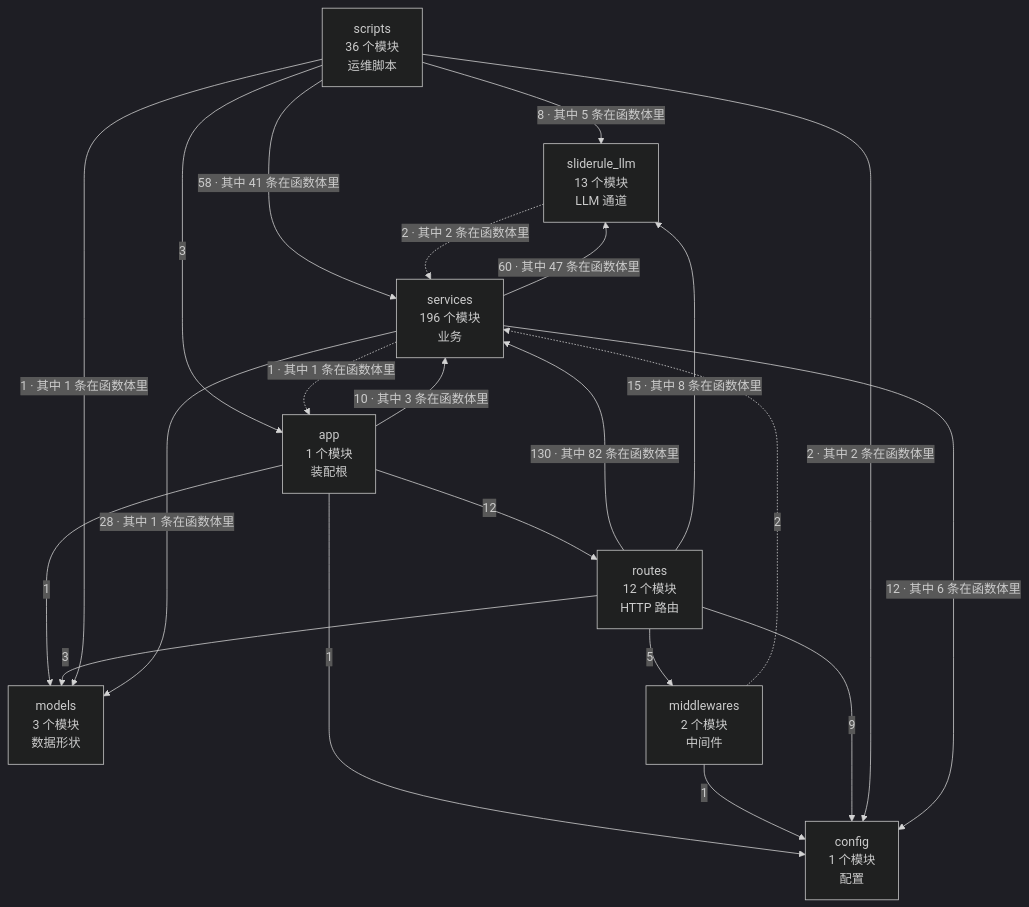
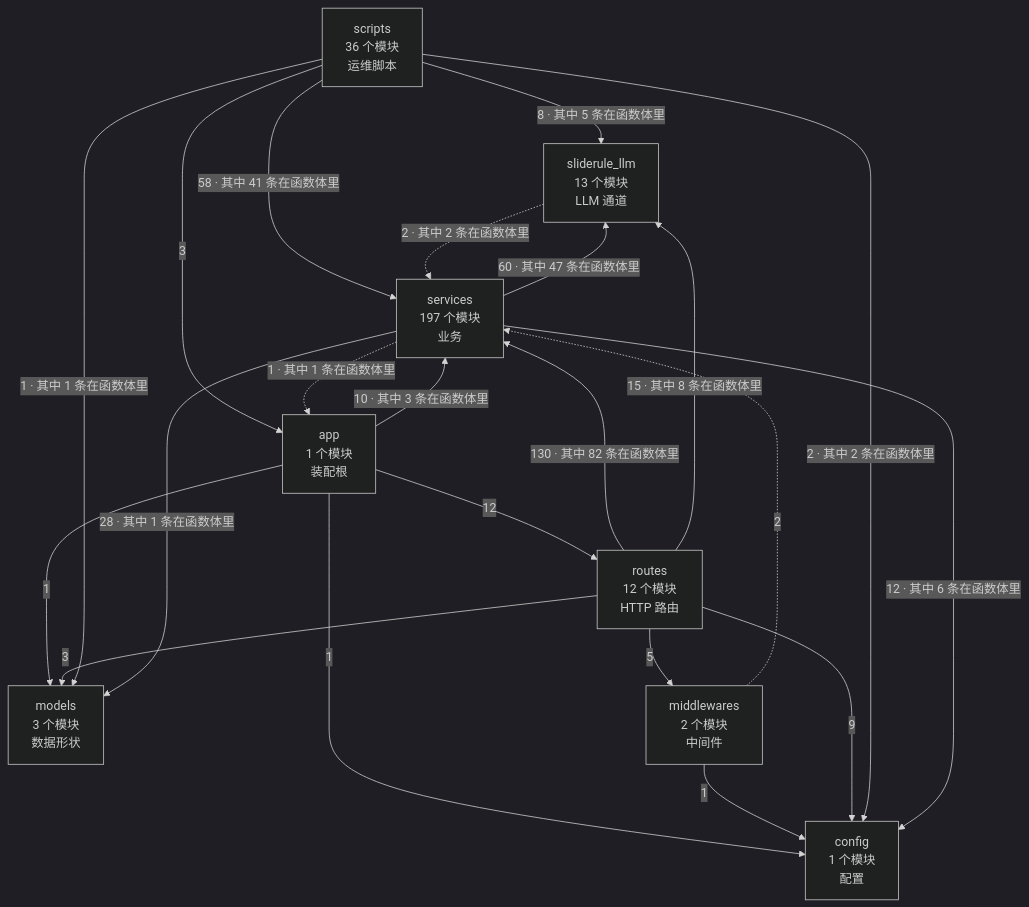
One commit to 2686521696/WhyBuddy changed the diagram in docs/SlideRule V6.2 架构图（自动生成）.md. Above: the diagram before and after it, drawn with Mermaid (dark theme). The commit also changed other lines of this file and 4 other files, not shown here.

````diff
--- a/docs/SlideRule V6.2 架构图（自动生成）.md
+++ b/docs/SlideRule V6.2 架构图（自动生成）.md
@@ -35,32 +35,32 @@
 ```mermaid
 flowchart TB
   config["config<br/>1 个模块<br/>配置"]
   models["models<br/>3 个模块<br/>数据形状"]
   sliderule_llm["sliderule_llm<br/>13 个模块<br/>LLM 通道"]
   middlewares["middlewares<br/>2 个模块<br/>中间件"]
-  services["services<br/>196 个模块<br/>业务"]
+  services["services<br/>197 个模块<br/>业务"]
   routes["routes<br/>12 个模块<br/>HTTP 路由"]
   app["app<br/>1 个模块<br/>装配根"]
   scripts["scripts<br/>36 个模块<br/>运维脚本"]
   app -->|1| config
   app -->|1| models
   app -->|12| routes
   app -->|10 · 其中 3 条在函数体里| services
   middlewares -->|1| config
   middlewares -.->|2| services
   routes -->|9| config
   routes -->|5| middlewares
   routes -->|3| models
   routes -->|130 · 其中 82 条在函数体里| services
   routes -->|15 · 其中 8 条在函数体里| sliderule_llm
   scripts -->|3| app
   scripts -->|2 · 其中 2 条在函数体里| config
   scripts -->|1 · 其中 1 条在函数体里| models
   scripts -->|58 · 其中 41 条在函数体里| services
   scripts -->|8 · 其中 5 条在函数体里| sliderule_llm
   services -.->|1 · 其中 1 条在函数体里| app
   services -->|12 · 其中 6 条在函数体里| config
   services -->|28 · 其中 1 条在函数体里| models
   services -->|60 · 其中 47 条在函数体里| sliderule_llm
   sliderule_llm -.->|2 · 其中 2 条在函数体里| services
 ```
````
